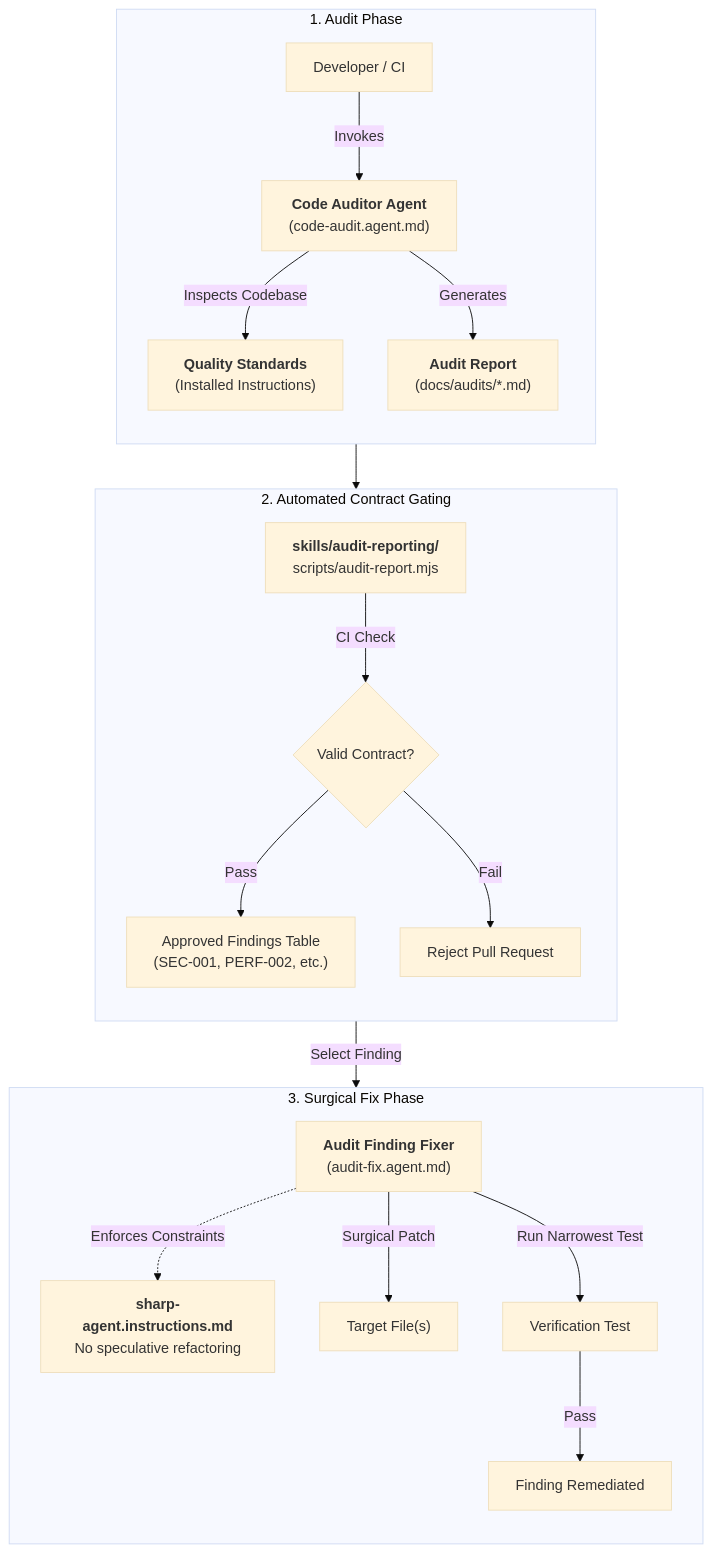
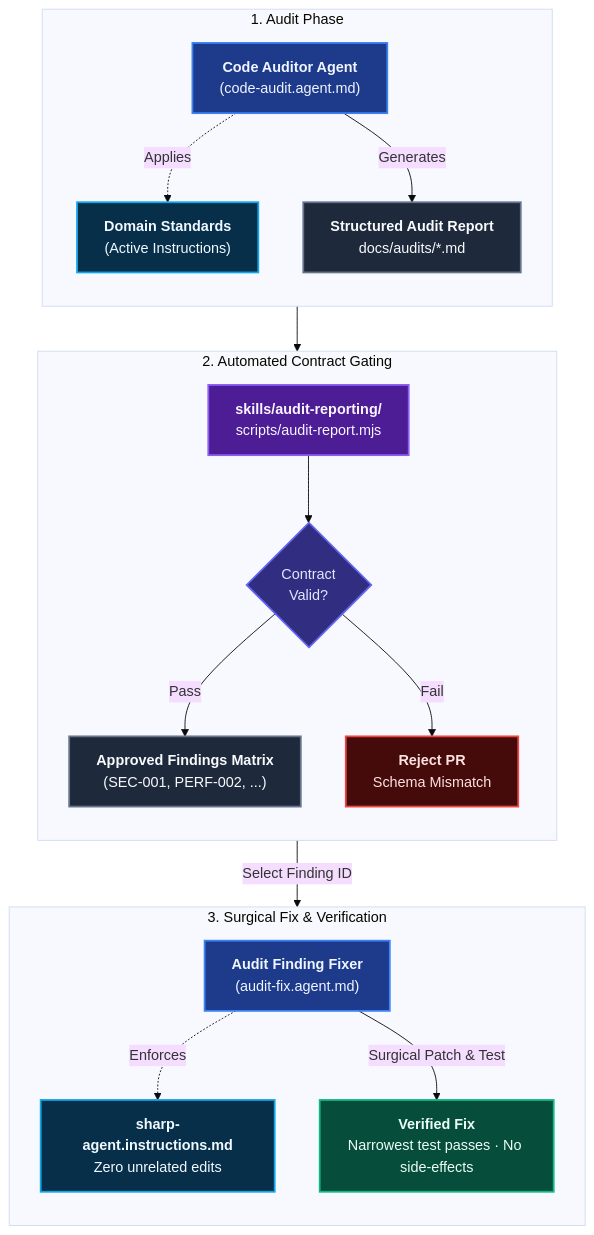
The diagram in website/docs/guide/domain-audit.md (ALTEN-group/coding-pal), drawn with Mermaid (base theme) before and after one commit. The commit also changed 19 other files, not shown here.

````diff
--- a/website/docs/guide/domain-audit.md
+++ b/website/docs/guide/domain-audit.md
@@ -9,29 +9,54 @@
 ```mermaid
 ---
-caption: Code Audit & Remediation Lifecycle
+caption: Code Audit & Surgical Remediation Lifecycle
 ---
 flowchart TD
-    subgraph Discovery ["1. Audit Phase"]
+    subgraph Phase1 ["1. Audit Phase"]
         direction TB
-        USER_AUDIT["Developer / CI"] -->|Invokes| AG_AUDIT["<b>Code Auditor Agent</b><br/>(code-audit.agent.md)"]
-        AG_AUDIT -->|Inspects Codebase| STANDARDS["<b>Quality Standards</b><br/>(Installed Instructions)"]
-        AG_AUDIT -->|Generates| REPORT["<b>Audit Report</b><br/>(docs/audits/*.md)"]
+        AG_AUDIT["<b>Code Auditor Agent</b><br/>(code-audit.agent.md)"]
+        STANDARDS["<b>Domain Standards</b><br/>(Active Instructions)"]
+        REPORT["<b>Structured Audit Report</b><br/>docs/audits/*.md"]
+
+        AG_AUDIT -.->|Applies| STANDARDS
+        AG_AUDIT -->|Generates| REPORT
     end
 
-    subgraph Validation ["2. Automated Contract Gating"]
+    subgraph Phase2 ["2. Automated Contract Gating"]
         direction TB
-        REPORT --> S_SCRIPT["<b>skills/audit-reporting/</b><br/>scripts/audit-report.mjs"]
-        S_SCRIPT -->|CI Check| VERDICT{"Valid Contract?"}
-        VERDICT -->|Pass| ARTIFACT["Approved Findings Table<br/>(SEC-001, PERF-002, etc.)"]
-        VERDICT -->|Fail| REJECT["Reject Pull Request"]
+        VAL_SCRIPT["<b>skills/audit-reporting/</b><br/>scripts/audit-report.mjs"]
+        VERDICT{"Contract<br/>Valid?"}
+        FINDINGS["<b>Approved Findings Matrix</b><br/>(SEC-001, PERF-002, ...)"]
+        REJECT["<b>Reject PR</b><br/>Schema Mismatch"]
+
+        REPORT --> VAL_SCRIPT --> VERDICT
+        VERDICT -->|Pass| FINDINGS
+        VERDICT -->|Fail| REJECT
     end
 
-    subgraph Remediation ["3. Surgical Fix Phase"]
+    subgraph Phase3 ["3. Surgical Fix & Verification"]
         direction TB
-        ARTIFACT -->|Select Finding| AG_FIX["<b>Audit Finding Fixer</b><br/>(audit-fix.agent.md)"]
-        AG_FIX -.->|Enforces Constraints| INST_SHARP["<b>sharp-agent.instructions.md</b><br/>No speculative refactoring"]
-        AG_FIX -->|Surgical Patch| CODE["Target File(s)"]
-        AG_FIX -->|Run Narrowest Test| TEST["Verification Test"]
-        TEST -->|Pass| DONE["Finding Remediated"]
+        AG_FIX["<b>Audit Finding Fixer</b><br/>(audit-fix.agent.md)"]
+        SHARP["<b>sharp-agent.instructions.md</b><br/>Zero unrelated edits"]
+        DONE["<b>Verified Fix</b><br/>Narrowest test passes · No side-effects"]
+
+        FINDINGS -->|Select Finding ID| AG_FIX
+        AG_FIX -.->|Enforces| SHARP
+        AG_FIX -->|Surgical Patch & Test| DONE
     end
+
+    classDef agent fill:#1e3a8a,stroke:#3b82f6,stroke-width:2px,color:#eff6ff;
+    classDef instruction fill:#082f49,stroke:#0ea5e9,stroke-width:2px,color:#f0f9ff;
+    classDef skill fill:#4c1d95,stroke:#8b5cf6,stroke-width:2px,color:#faf5ff;
+    classDef decision fill:#312e81,stroke:#6366f1,stroke-width:2px,color:#e0e7ff;
+    classDef verify fill:#064e3b,stroke:#10b981,stroke-width:2px,color:#ecfdf5;
+    classDef report fill:#1e293b,stroke:#64748b,stroke-width:2px,color:#f8fafc;
+    classDef reject fill:#450a0a,stroke:#ef4444,stroke-width:2px,color:#fee2e2;
+
+    class AG_AUDIT,AG_FIX agent;
+    class STANDARDS,SHARP instruction;
+    class VAL_SCRIPT skill;
+    class VERDICT decision;
+    class REPORT,FINDINGS report;
+    class DONE verify;
+    class REJECT reject;
 ```
````
